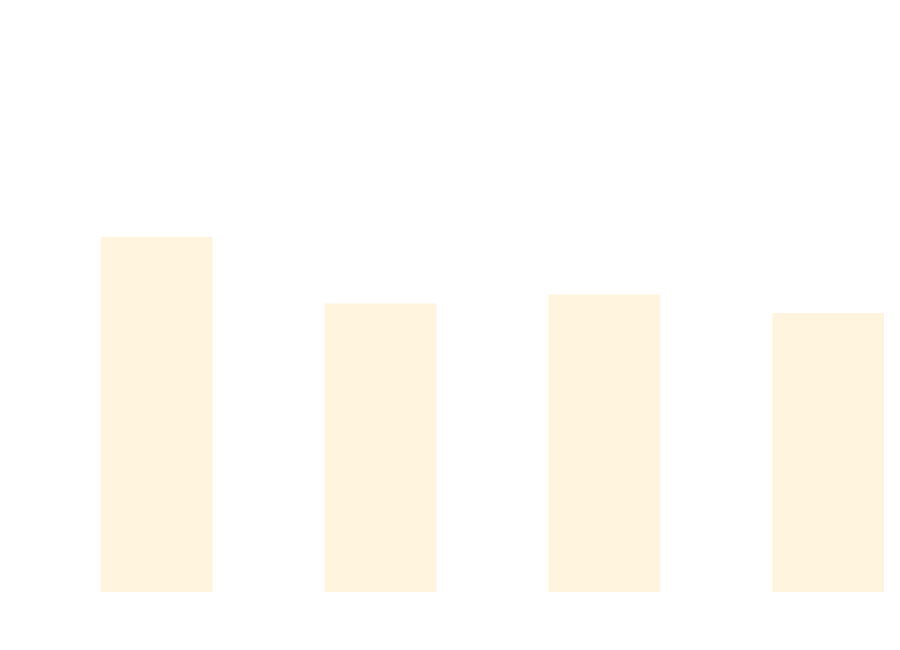
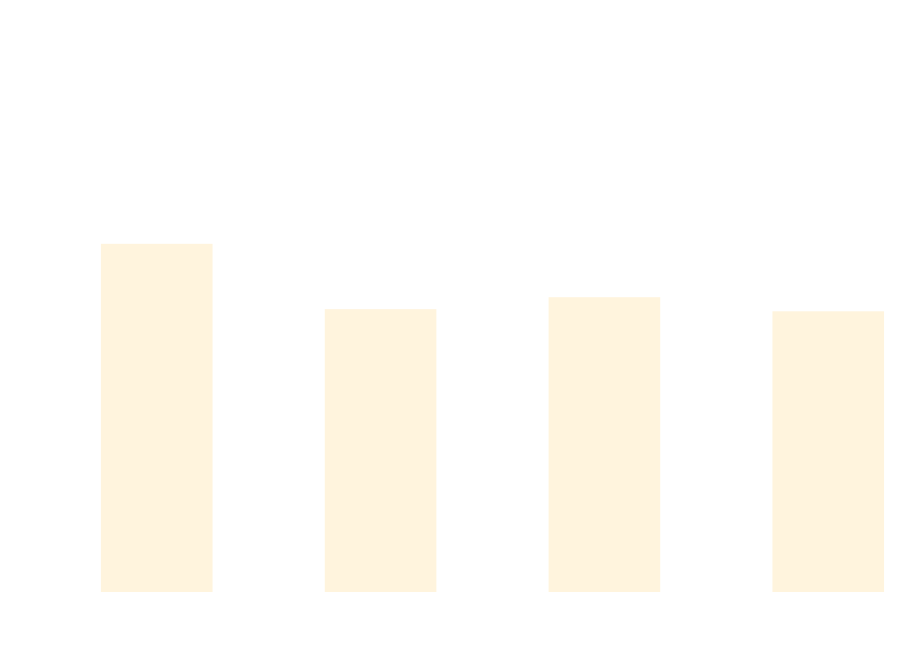
The diagram in docs/docs/benchmarks/BuildTime.md (thomhurst/TUnit), drawn with Mermaid before and after one commit. The commit also changed other lines of this file and 17 other files, not shown here.

````diff
--- a/docs/docs/benchmarks/BuildTime.md
+++ b/docs/docs/benchmarks/BuildTime.md
@@ -28,37 +28,37 @@
 ```mermaid
 %%{init: {
   'theme':'base',
   'themeVariables': {
     'primaryColor': '#2563eb',
     'primaryTextColor': '#ffffff',
     'primaryBorderColor': '#1e40af',
     'lineColor': '#6b7280',
     'secondaryColor': '#7c3aed',
     'tertiaryColor': '#dc2626',
     'background': '#ffffff',
     'mainBkg': '#2563eb',
     'secondBkg': '#7c3aed',
     'tertiaryBkg': '#dc2626',
     'clusterBkg': '#f3f4f6',
     'edgeLabelBackground': '#ffffff',
     'tertiaryTextColor': '#1f2937',
     'pie1': '#2563eb',
     'pie2': '#7c3aed',
     'pie3': '#dc2626',
     'pie4': '#f59e0b',
     'pie5': '#10b981',
     'pie6': '#06b6d4',
     'pie7': '#ec4899',
     'pie8': '#6366f1',
     'pie9': '#84cc16',
     'pie10': '#f97316',
     'pie11': '#14b8a6',
     'pie12': '#a855f7'
   }
 }}%%
 xychart-beta
   title "Build Time Comparison"
   x-axis ["Build_TUnit", "Build_NUnit", "Build_MSTest", "Build_xUnit3"]
   y-axis "Time (s)" 0 --> 3
-  bar [2.07, 1.668, 1.722, 1.611]
+  bar [2.028, 1.634, 1.706, 1.621]
 ```
````
